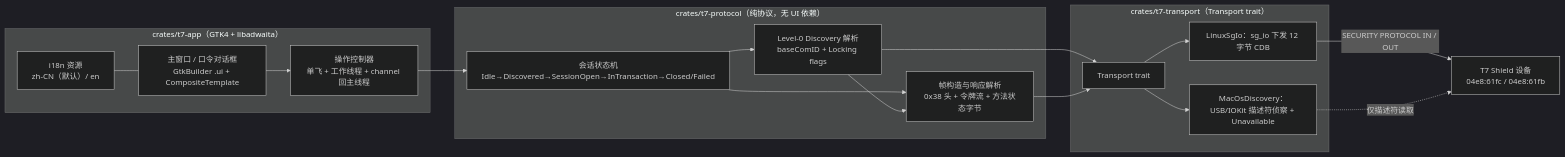
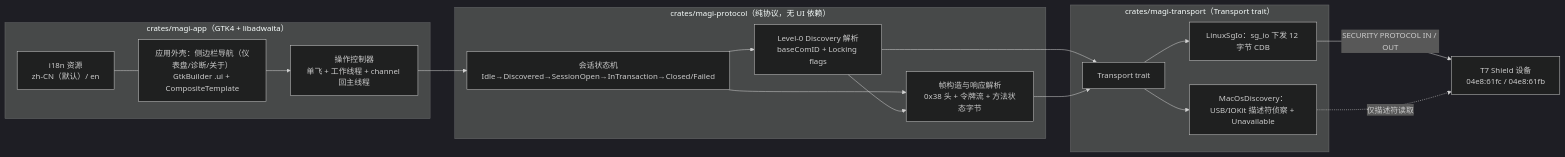
The first of 3 diagrams in docs/specs/t7-magician/spec.md (Rikka-Sei/t7Shield-Magician), drawn with Mermaid (dark theme) before and after one commit. The commit also changed other lines of this file and 1 other file, not shown here.

````diff
--- a/docs/specs/t7-magician/spec.md
+++ b/docs/specs/t7-magician/spec.md
@@ -83,31 +83,31 @@
 ```mermaid
 graph LR
-    subgraph app["crates/t7-app（GTK4 + libadwaita）"]
-        UI["主窗口 / 口令对话框<br/>GtkBuilder .ui + CompositeTemplate"]
+    subgraph app["crates/magi-app（GTK4 + libadwaita）"]
+        UI["应用外壳：侧边栏导航（仪表盘/诊断/关于）<br/>GtkBuilder .ui + CompositeTemplate"]
         CTL["操作控制器<br/>单飞 + 工作线程 + channel 回主线程"]
         I18N["i18n 资源<br/>zh-CN（默认）/ en"]
     end
-    subgraph proto["crates/t7-protocol（纯协议，无 UI 依赖）"]
+    subgraph proto["crates/magi-protocol（纯协议，无 UI 依赖）"]
         DISC["Level-0 Discovery 解析<br/>baseComID + Locking flags"]
         FRAME["帧构造与响应解析<br/>0x38 头 + 令牌流 + 方法状态字节"]
         SM["会话状态机<br/>Idle→Discovered→SessionOpen→InTransaction→Closed/Failed"]
     end
-    subgraph tr["crates/t7-transport（Transport trait）"]
+    subgraph tr["crates/magi-transport（Transport trait）"]
         TRT["Transport trait"]
         LIN["LinuxSgIo：sg_io 下发 12 字节 CDB"]
         MAC["MacOsDiscovery：USB/IOKit 描述符侦察 + Unavailable"]
     end
     DEV["T7 Shield 设备<br/>04e8:61fc / 04e8:61fb"]
     UI --> CTL
     CTL --> SM
     SM --> DISC
     SM --> FRAME
     DISC --> FRAME
     DISC --> TRT
     FRAME --> TRT
     TRT --> LIN
     TRT --> MAC
     LIN -->|"SECURITY PROTOCOL IN / OUT"| DEV
     MAC -.->|"仅描述符读取"| DEV
     I18N --- UI
 ```
````
